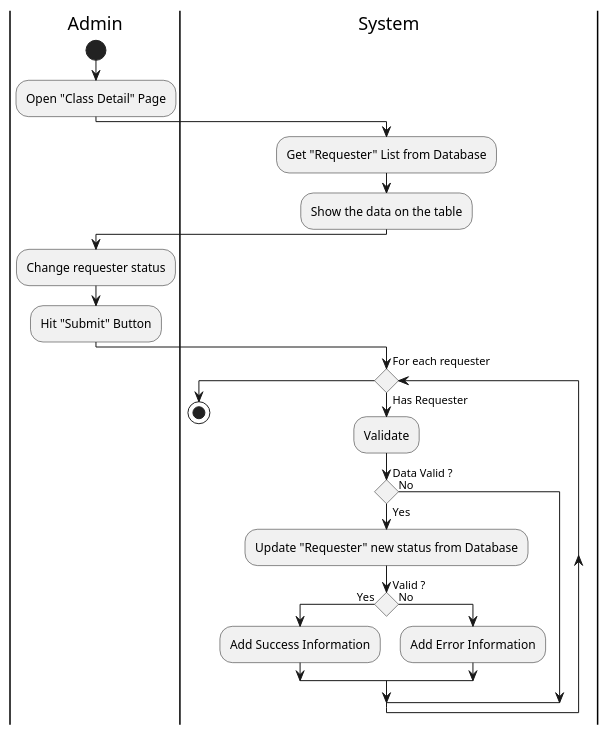
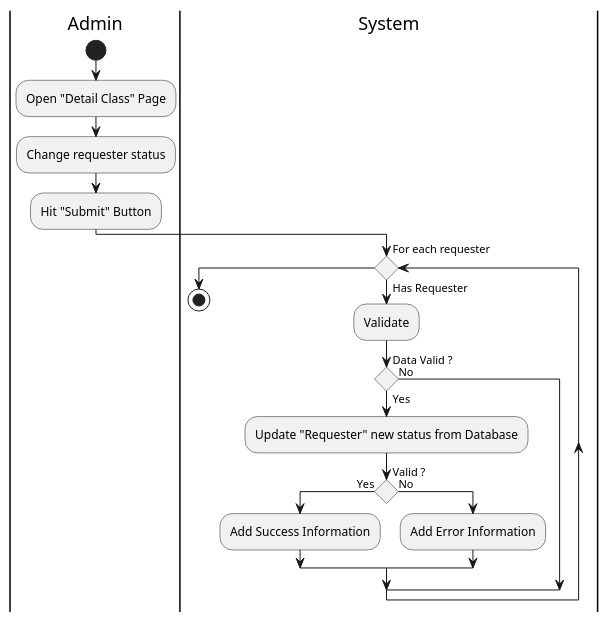
One commit to fwidjaya20/fazzlearning-uml changed the diagram in Activity/Release03/CommitRequest.wsd. Above: the diagram before and after it, drawn with PlantUML. The commit also changed 34 other files, not shown here.

Commit message:
fix(diagram): fix invalid sequence, activity, and usecase

```diff
--- a/Activity/Release03/CommitRequest.wsd
+++ b/Activity/Release03/CommitRequest.wsd
@@ -1,37 +1,33 @@
 @startuml CommitRequest
 
 skinparam ConditionEndStyle hline
 skinparam conditionStyle diamond
 skinparam Monochrome true
 skinparam Shadowing false
 
 |Admin|
 start
-:Open "Class Detail" Page;
-
-|System|
-:Get "Requester" List from Database;
-:Show the data on the table;
+:Open "Detail Class" Page;
 
 |Admin|
 :Change requester status;
 :Hit "Submit" Button;
 
 |System|
 while (For each requester) is (Has Requester)
     :Validate;
 
     if (Data Valid ?) then (Yes)
         :Update "Requester" new status from Database;
 
         if (Valid ?) then (Yes)
             :Add Success Information;
         else (No)
             :Add Error Information;
         endif
     else (No)
     endif
 endwhile
 stop
 
 @enduml
```
